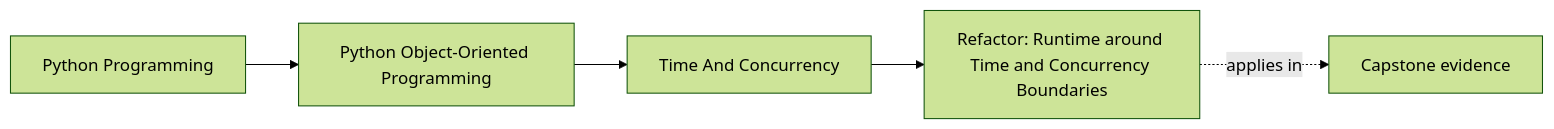
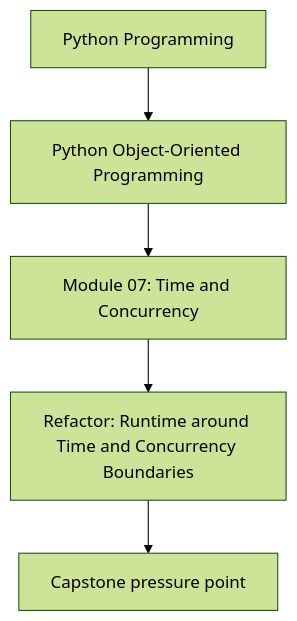
Before and after one commit to bijux/bijux-masterclass: the first of 2 diagrams in programs/python-programming/python-object-oriented-programming/course-book/module-07-time-and-concurrency/refactor-runtime-around-time-and-concurrency-boundaries.md, drawn with Mermaid (forest theme). The commit also changed other lines of this file and 107 other files, not shown here.

Commit message:
docs(python-object-oriented-programming): align concept page diagrams

````diff
--- a/programs/python-programming/python-object-oriented-programming/course-book/module-07-time-and-concurrency/refactor-runtime-around-time-and-concurrency-boundaries.md
+++ b/programs/python-programming/python-object-oriented-programming/course-book/module-07-time-and-concurrency/refactor-runtime-around-time-and-concurrency-boundaries.md
@@ -7,11 +7,7 @@
 ```mermaid
-graph LR
-  family["Python Programming"]
-  program["Python Object-Oriented Programming"]
-  section["Time And Concurrency"]
-  page["Refactor: Runtime around Time and Concurrency Boundaries"]
-  capstone["Capstone evidence"]
-
-  family --> program --> section --> page
-  page -.applies in.-> capstone
+flowchart TD
+  family["Python Programming"] --> program["Python Object-Oriented Programming"]
+  program --> module["Module 07: Time and Concurrency"]
+  module --> concept["Refactor: Runtime around Time and Concurrency Boundaries"]
+  concept --> capstone["Capstone pressure point"]
 ```
````
